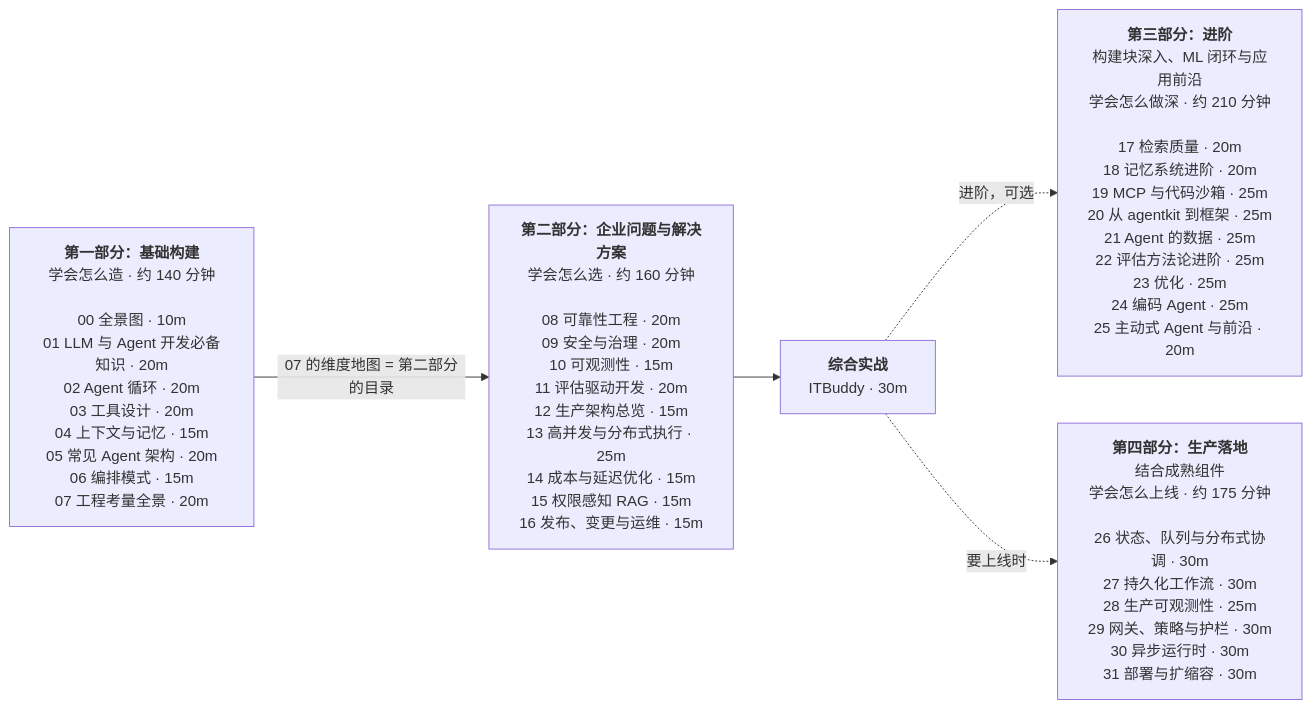
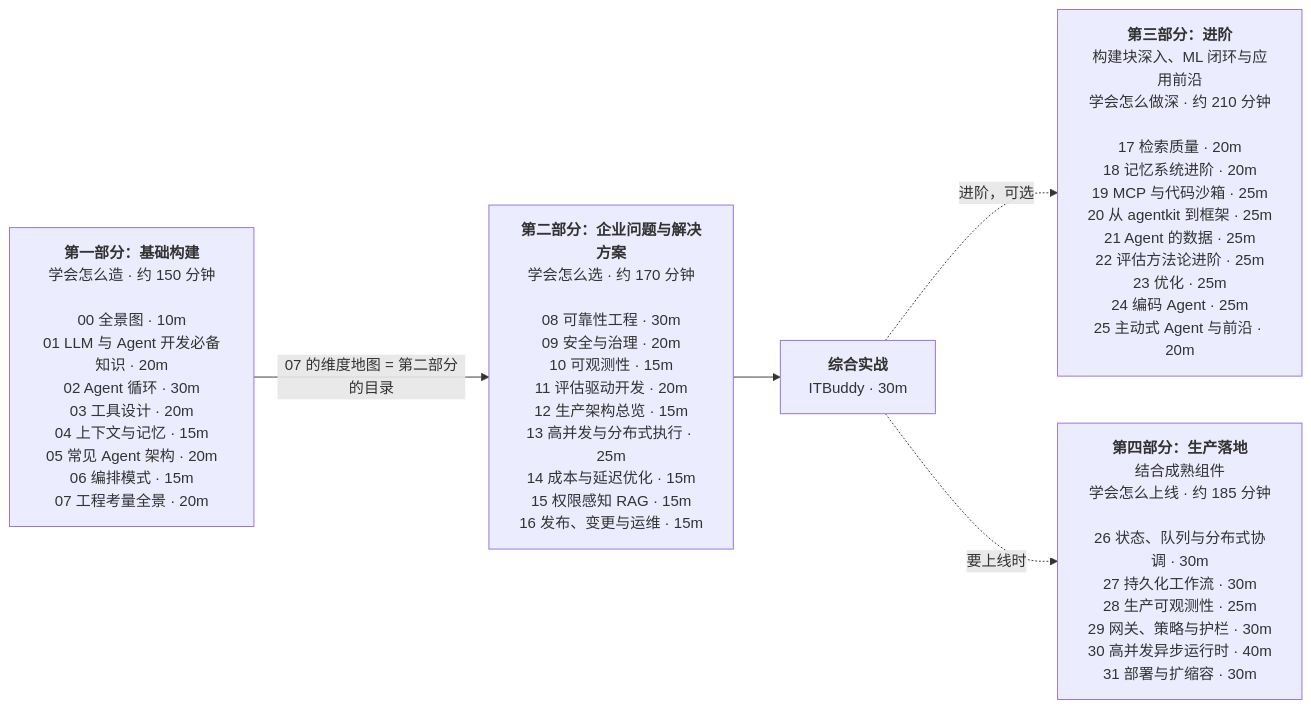
The fifth of 5 diagrams in lessons/00_overview/README.md (heaven999b/hello-agent-system), drawn with Mermaid before and after one commit. The commit also changed other lines of this file and 34 other files, not shown here.

First line of the commit message:
docs: production readiness rewritten around the three layers; failure modes, interview questions, review checklist, glossary and cheatsheet updated for async and multi-process; lesson 00 roadmap

````diff
--- a/lessons/00_overview/README.md
+++ b/lessons/00_overview/README.md
@@ -196,11 +196,11 @@
 ```mermaid
 flowchart LR
-    P1["<b>第一部分：基础构建</b><br/>学会怎么造 · 约 140 分钟<br/><br/>00 全景图 · 10m<br/>01 LLM 与 Agent 开发必备知识 · 20m<br/>02 Agent 循环 · 20m<br/>03 工具设计 · 20m<br/>04 上下文与记忆 · 15m<br/>05 常见 Agent 架构 · 20m<br/>06 编排模式 · 15m<br/>07 工程考量全景 · 20m"]
-    P2["<b>第二部分：企业问题与解决方案</b><br/>学会怎么选 · 约 160 分钟<br/><br/>08 可靠性工程 · 20m<br/>09 安全与治理 · 20m<br/>10 可观测性 · 15m<br/>11 评估驱动开发 · 20m<br/>12 生产架构总览 · 15m<br/>13 高并发与分布式执行 · 25m<br/>14 成本与延迟优化 · 15m<br/>15 权限感知 RAG · 15m<br/>16 发布、变更与运维 · 15m"]
+    P1["<b>第一部分：基础构建</b><br/>学会怎么造 · 约 150 分钟<br/><br/>00 全景图 · 10m<br/>01 LLM 与 Agent 开发必备知识 · 20m<br/>02 Agent 循环 · 30m<br/>03 工具设计 · 20m<br/>04 上下文与记忆 · 15m<br/>05 常见 Agent 架构 · 20m<br/>06 编排模式 · 15m<br/>07 工程考量全景 · 20m"]
+    P2["<b>第二部分：企业问题与解决方案</b><br/>学会怎么选 · 约 170 分钟<br/><br/>08 可靠性工程 · 30m<br/>09 安全与治理 · 20m<br/>10 可观测性 · 15m<br/>11 评估驱动开发 · 20m<br/>12 生产架构总览 · 15m<br/>13 高并发与分布式执行 · 25m<br/>14 成本与延迟优化 · 15m<br/>15 权限感知 RAG · 15m<br/>16 发布、变更与运维 · 15m"]
     CP["<b>综合实战</b><br/>ITBuddy · 30m"]
     P3["<b>第三部分：进阶</b><br/>构建块深入、ML 闭环与应用前沿<br/>学会怎么做深 · 约 210 分钟<br/><br/>17 检索质量 · 20m<br/>18 记忆系统进阶 · 20m<br/>19 MCP 与代码沙箱 · 25m<br/>20 从 agentkit 到框架 · 25m<br/>21 Agent 的数据 · 25m<br/>22 评估方法论进阶 · 25m<br/>23 优化 · 25m<br/>24 编码 Agent · 25m<br/>25 主动式 Agent 与前沿 · 20m"]
     P1 -->|"07 的维度地图 = 第二部分的目录"| P2 --> CP
-    P4["<b>第四部分：生产落地</b><br/>结合成熟组件<br/>学会怎么上线 · 约 175 分钟<br/><br/>26 状态、队列与分布式协调 · 30m<br/>27 持久化工作流 · 30m<br/>28 生产可观测性 · 25m<br/>29 网关、策略与护栏 · 30m<br/>30 异步运行时 · 30m<br/>31 部署与扩缩容 · 30m"]
+    P4["<b>第四部分：生产落地</b><br/>结合成熟组件<br/>学会怎么上线 · 约 185 分钟<br/><br/>26 状态、队列与分布式协调 · 30m<br/>27 持久化工作流 · 30m<br/>28 生产可观测性 · 25m<br/>29 网关、策略与护栏 · 30m<br/>30 高并发异步运行时 · 40m<br/>31 部署与扩缩容 · 30m"]
     CP -.->|"进阶，可选"| P3
     CP -.->|"要上线时"| P4
 ```
````
